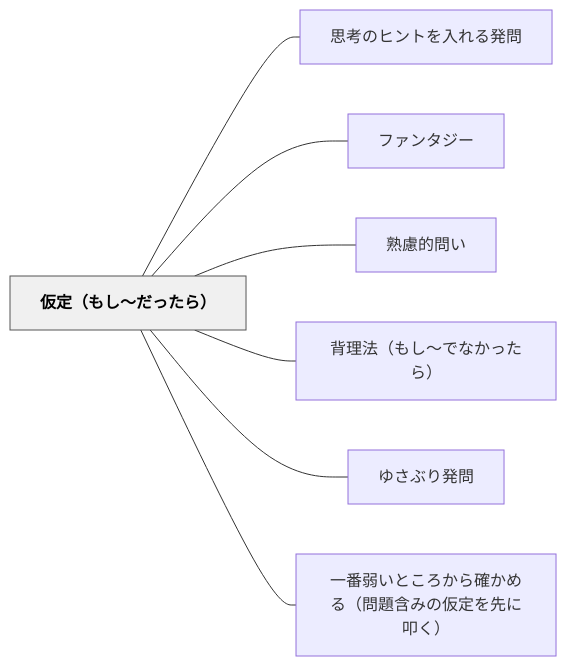
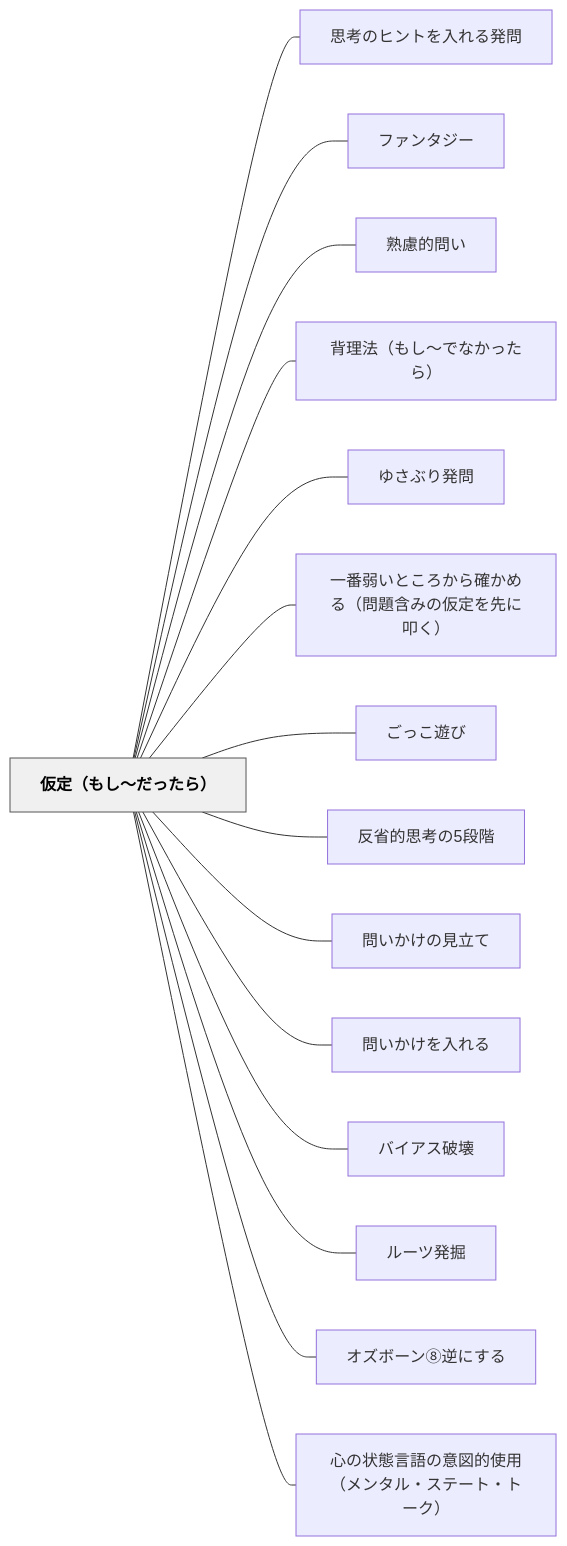
The diagram in content/パタン/仮定（もし〜だったら）.md (unknownthings-ed-patterns/unknownthings-ed-patterns), drawn with Mermaid before and after one commit. The commit also changed other lines of this file and 16 other files, not shown here.

````diff
--- a/content/パタン/仮定（もし〜だったら）.md
+++ b/content/パタン/仮定（もし〜だったら）.md
@@ -45,20 +73,36 @@
 ```mermaid
 flowchart LR
     ne4bbaee5ae9aefbc88e38282e38197e3809ce381a0e381a3e3819fe38289efbc89["仮定（もし〜だったら）"]
     ne6809de88083e381aee38392e383b3e38388e38292e585a5e3828ce3828be799bae5958f["思考のヒントを入れる発問"]
     ne38395e382a1e383b3e382bfe382b8e383bc["ファンタジー"]
     ne7869fe685aee79a84e5958fe38184["熟慮的問い"]
     ne8838ce79086e6b395efbc88e38282e38197e3809ce381a7e381aae3818be381a3e3819fe38289efbc89["背理法（もし〜でなかったら）"]
     ne38286e38195e381b6e3828ae799bae5958f["ゆさぶり発問"]
     ne4b880e795aae5bcb1e38184e381a8e38193e3828de3818be38289e7a2bae3818be38281e3828befbc88e5958fe9a18ce590abe381bfe381aee4bbaee5ae9ae38292e58588e381abe58fa9e3818fefbc89["一番弱いところから確かめる（問題含みの仮定を先に叩く）"]
+    ne38194e381a3e38193e9818ae381b3["ごっこ遊び"]
+    ne58f8de79c81e79a84e6809de88083e381ae35e6aeb5e99a8e["反省的思考の5段階"]
+    ne5958fe38184e3818be38191e381aee8a68be7ab8be381a6["問いかけの見立て"]
+    ne5958fe38184e3818be38191e38292e585a5e3828ce3828b["問いかけを入れる"]
+    ne38390e382a4e382a2e382b9e7a0b4e5a38a["バイアス破壊"]
+    ne383abe383bce38384e799bae68e98["ルーツ発掘"]
+    ne382aae382bae3839ce383bce383b3e291a7e98086e381abe38199e3828b["オズボーン⑧逆にする"]
+    ne5bf83e381aee78ab6e6858be8a880e8aa9ee381aee6848fe59bb3e79a84e4bdbfe794a8efbc88e383a1e383b3e382bfe383abe383bbe382b9e38386e383bce38388e383bbe38388e383bce382afefbc89["心の状態言語の意図的使用（メンタル・ステート・トーク）"]
 
     ne4bbaee5ae9aefbc88e38282e38197e3809ce381a0e381a3e3819fe38289efbc89 --- ne6809de88083e381aee38392e383b3e38388e38292e585a5e3828ce3828be799bae5958f
     ne4bbaee5ae9aefbc88e38282e38197e3809ce381a0e381a3e3819fe38289efbc89 --- ne38395e382a1e383b3e382bfe382b8e383bc
     ne4bbaee5ae9aefbc88e38282e38197e3809ce381a0e381a3e3819fe38289efbc89 --- ne7869fe685aee79a84e5958fe38184
     ne4bbaee5ae9aefbc88e38282e38197e3809ce381a0e381a3e3819fe38289efbc89 --- ne8838ce79086e6b395efbc88e38282e38197e3809ce381a7e381aae3818be381a3e3819fe38289efbc89
     ne4bbaee5ae9aefbc88e38282e38197e3809ce381a0e381a3e3819fe38289efbc89 --- ne38286e38195e381b6e3828ae799bae5958f
     ne4bbaee5ae9aefbc88e38282e38197e3809ce381a0e381a3e3819fe38289efbc89 --- ne4b880e795aae5bcb1e38184e381a8e38193e3828de3818be38289e7a2bae3818be38281e3828befbc88e5958fe9a18ce590abe381bfe381aee4bbaee5ae9ae38292e58588e381abe58fa9e3818fefbc89
+    ne4bbaee5ae9aefbc88e38282e38197e3809ce381a0e381a3e3819fe38289efbc89 --- ne38194e381a3e38193e9818ae381b3
+    ne4bbaee5ae9aefbc88e38282e38197e3809ce381a0e381a3e3819fe38289efbc89 --- ne58f8de79c81e79a84e6809de88083e381ae35e6aeb5e99a8e
+    ne4bbaee5ae9aefbc88e38282e38197e3809ce381a0e381a3e3819fe38289efbc89 --- ne5958fe38184e3818be38191e381aee8a68be7ab8be381a6
+    ne4bbaee5ae9aefbc88e38282e38197e3809ce381a0e381a3e3819fe38289efbc89 --- ne5958fe38184e3818be38191e38292e585a5e3828ce3828b
+    ne4bbaee5ae9aefbc88e38282e38197e3809ce381a0e381a3e3819fe38289efbc89 --- ne38390e382a4e382a2e382b9e7a0b4e5a38a
+    ne4bbaee5ae9aefbc88e38282e38197e3809ce381a0e381a3e3819fe38289efbc89 --- ne383abe383bce38384e799bae68e98
+    ne4bbaee5ae9aefbc88e38282e38197e3809ce381a0e381a3e3819fe38289efbc89 --- ne382aae382bae3839ce383bce383b3e291a7e98086e381abe38199e3828b
+    ne4bbaee5ae9aefbc88e38282e38197e3809ce381a0e381a3e3819fe38289efbc89 --- ne5bf83e381aee78ab6e6858be8a880e8aa9ee381aee6848fe59bb3e79a84e4bdbfe794a8efbc88e383a1e383b3e382bfe383abe383bbe382b9e38386e383bce38388e383bbe38388e383bce382afefbc89
 
     classDef hub fill:#f0f0f0,stroke:#555,color:#000,font-weight:bold
     class ne4bbaee5ae9aefbc88e38282e38197e3809ce381a0e381a3e3819fe38289efbc89 hub
 ```
````
